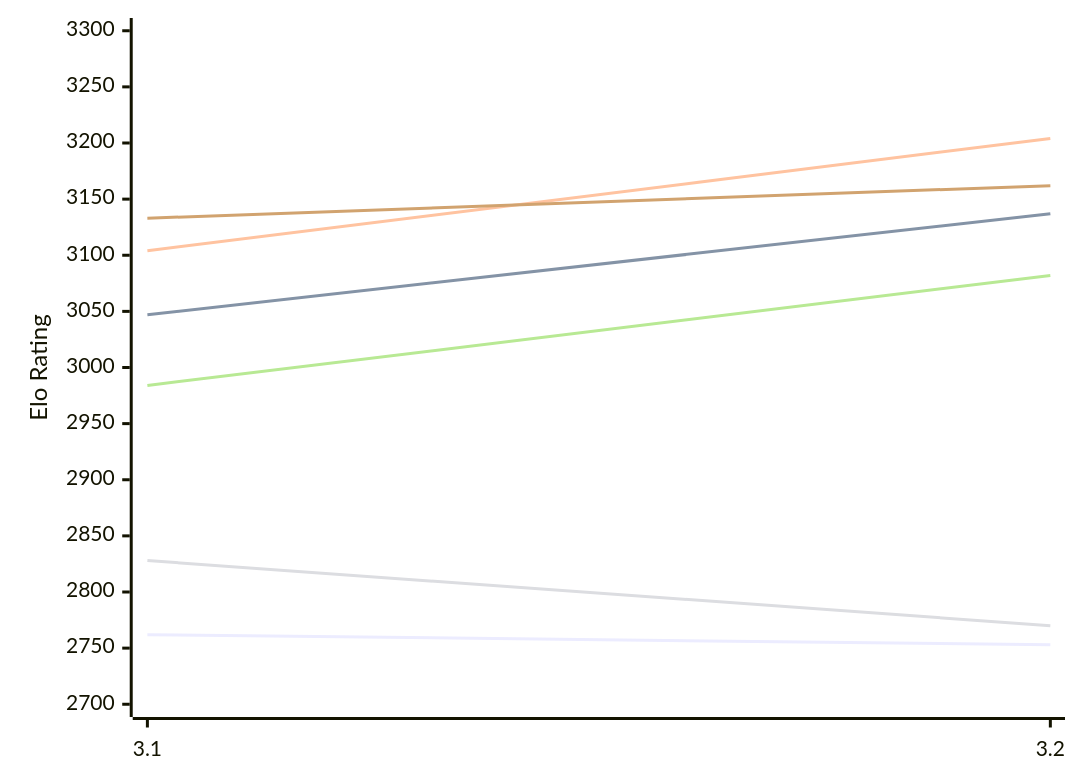
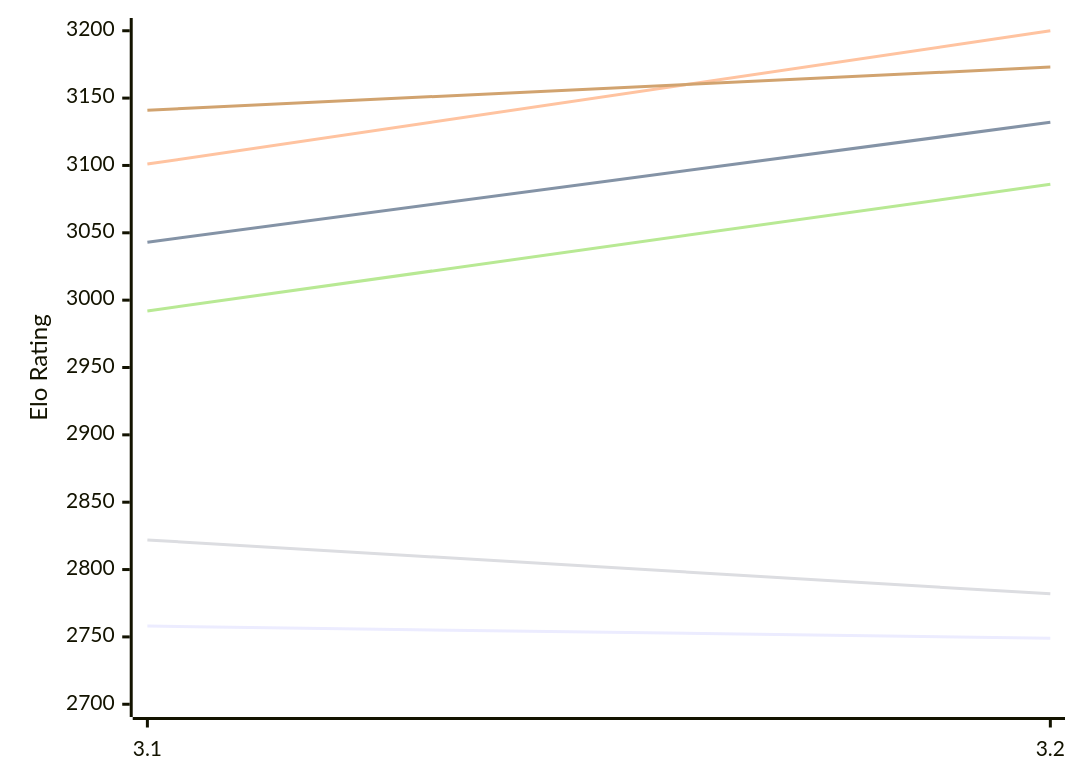
Before and after one commit to computer-chess-index/cci: the first of 2 diagrams in engines/Vajolet2.md, drawn with Mermaid. The commit also changed other lines of this file, not shown here.

Commit message:
Update CCI Ratings (ELO VLTC) - 2026-11-21

````diff
--- a/engines/Vajolet2.md
+++ b/engines/Vajolet2.md
@@ -51,12 +51,12 @@
 ```mermaid
 %%{init: {"theme":"base","themeVariables":{"seriesColors:['#a3a3a3','#222221','#faa371']}}}%%
 xychart-beta
   x-axis ["3.1", "3.2"]
-  y-axis "Elo Rating" 2700 --> 3300
-  line "E1: STC (8.0+0.08s)" [2762, 2753]
-  line "E1: LTC (60.0+0.60s)" [3047, 3137]
-  line "E1: VLTC (2m24s+1.12s)" [3104, 3204]
-  line "P1: STC (8.0+0.08s)" [2828, 2770]
-  line "P1: LTC (60.0+0.60s)" [2984, 3082]
-  line "P1: VLTC (2m24s+1.12s)" [3133, 3162]
+  y-axis "Elo Rating" 2700 --> 3200
+  line "E1: STC (8.0+0.08s)" [2758, 2749]
+  line "E1: LTC (60.0+0.60s)" [3043, 3132]
+  line "E1: VLTC (2m24s+1.12s)" [3101, 3200]
+  line "P1: STC (8.0+0.08s)" [2822, 2782]
+  line "P1: LTC (60.0+0.60s)" [2992, 3086]
+  line "P1: VLTC (2m24s+1.12s)" [3141, 3173]
 ```
````
